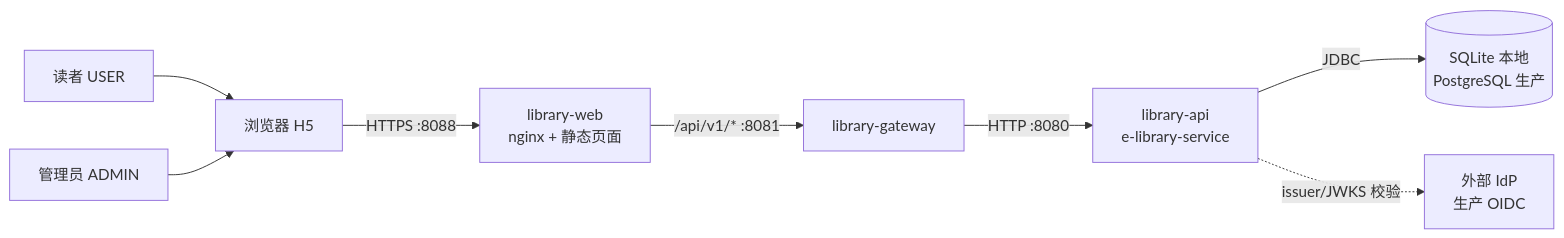
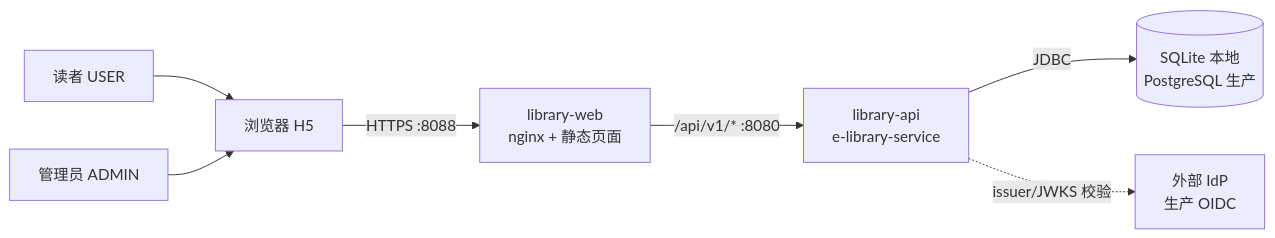
Before and after one commit to niefy/e-library: the first of 4 diagrams in docs/architecture.md, drawn with Mermaid. The commit also changed other lines of this file and 98 other files, not shown here.

````diff
--- a/docs/architecture.md
+++ b/docs/architecture.md
@@ -59,15 +60,14 @@
 ```mermaid
 flowchart LR
     Reader[读者 USER]
     Admin[管理员 ADMIN]
     IdP[外部 IdP<br/>生产 OIDC]
 
     Reader --> Browser[浏览器 H5]
     Admin --> Browser
     Browser -->|HTTPS :8088| Web[library-web<br/>nginx + 静态页面]
-    Web -->|"/api/v1/*" :8081| Gateway[library-gateway]
-    Gateway -->|HTTP :8080| API[library-api<br/>e-library-service]
+    Web -->|"/api/v1/*" :8080| API[library-api<br/>e-library-service]
 
     API -->|JDBC| DB[(SQLite 本地<br/>PostgreSQL 生产)]
     API -.->|"issuer/JWKS 校验"| IdP
 ```
````
